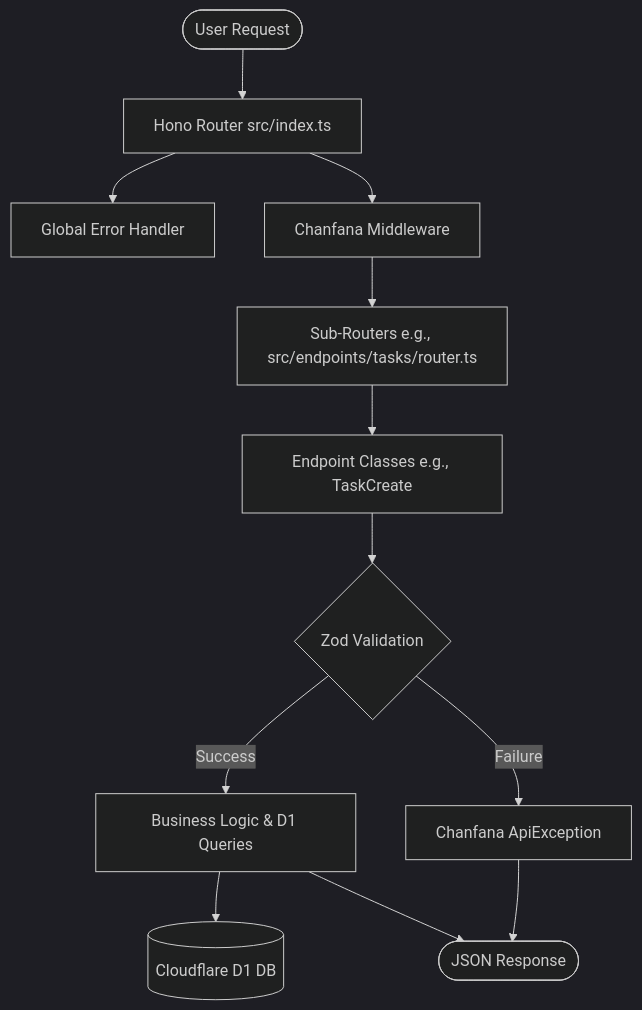
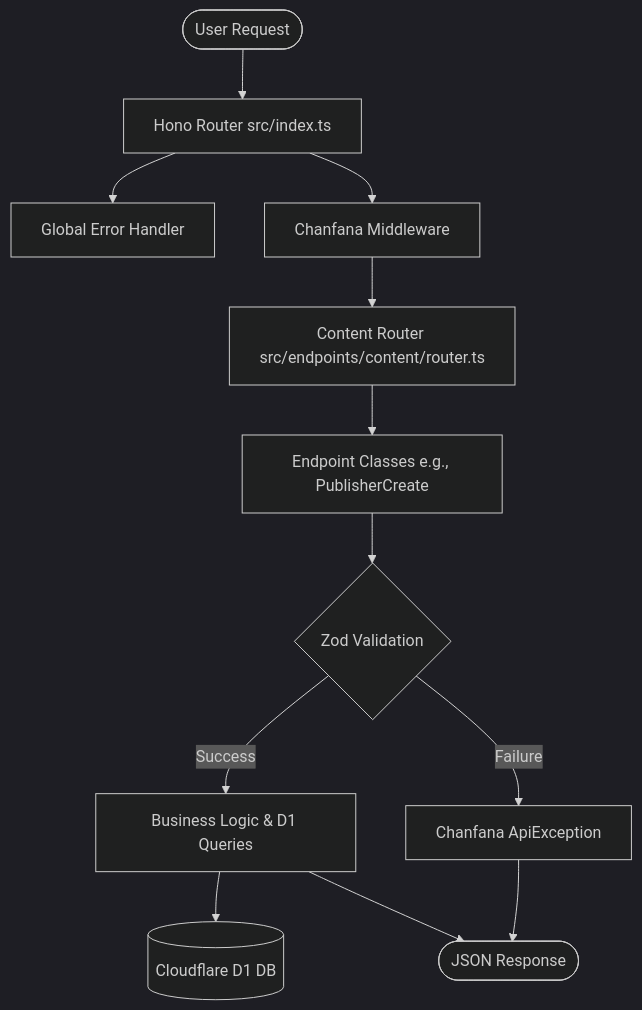
One commit to baokha04/vietjack-clone changed the diagram in AGENTS.md. Above: the diagram before and after it, drawn with Mermaid (dark theme). The commit also changed other lines of this file and 1 other file, not shown here.

````diff
--- a/AGENTS.md
+++ b/AGENTS.md
@@ -37,14 +42,14 @@
 ```mermaid
 graph TD
     User([User Request]) --> Hono[Hono Router src/index.ts]
     Hono --> GlobalError[Global Error Handler]
     Hono --> Chanfana[Chanfana Middleware]
-    Chanfana --> SubRouter[Sub-Routers e.g., src/endpoints/tasks/router.ts]
-    SubRouter --> EndpointClass[Endpoint Classes e.g., TaskCreate]
+    Chanfana --> SubRouter[Content Router src/endpoints/content/router.ts]
+    SubRouter --> EndpointClass[Endpoint Classes e.g., PublisherCreate]
     EndpointClass --> Validation{Zod Validation}
     Validation -- Success --> Logic[Business Logic & D1 Queries]
     Validation -- Failure --> ApiException[Chanfana ApiException]
     Logic --> D1[(Cloudflare D1 DB)]
     Logic --> Response([JSON Response])
     ApiException --> Response
 ```
````
